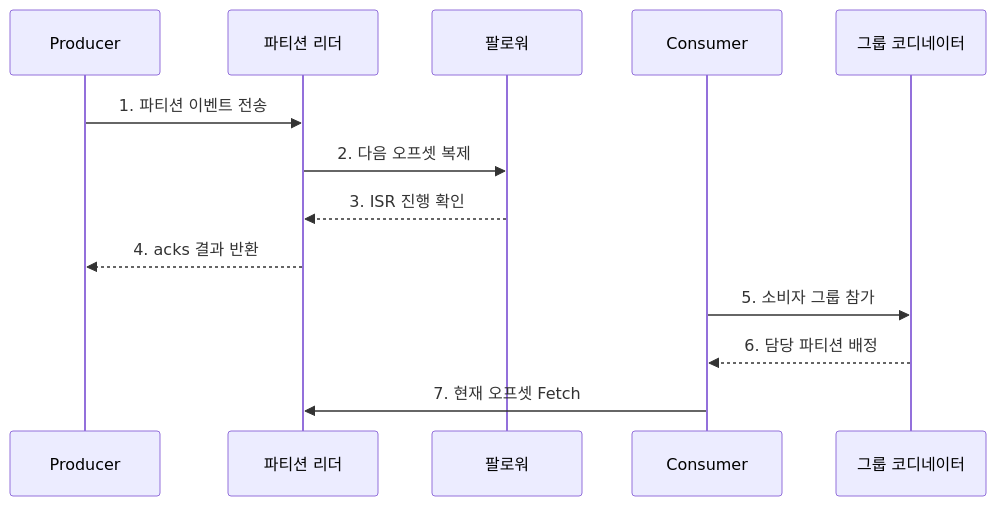
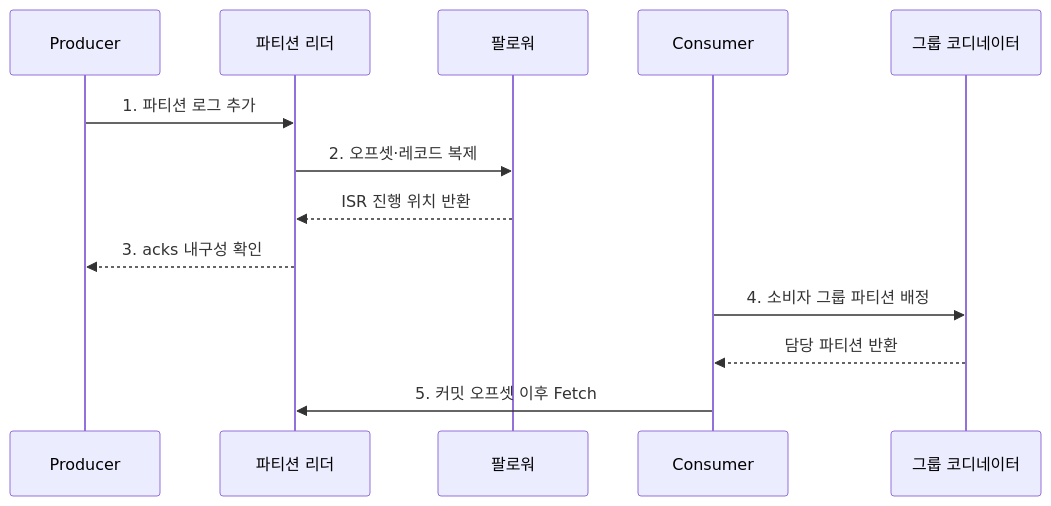
The second of 2 diagrams in src/content/docs/notes/03-software/119_apache_kafka.md (agnusdei1207/knowledge-base), drawn with Mermaid before and after one commit. The commit also changed other lines of this file and 238 other files, not shown here.

````diff
--- a/src/content/docs/notes/03-software/119_apache_kafka.md
+++ b/src/content/docs/notes/03-software/119_apache_kafka.md
@@ -85,15 +85,15 @@
 ```mermaid
 sequenceDiagram
     participant P as Producer
     participant L as 파티션 리더
     participant F as 팔로워
     participant C as Consumer
     participant G as 그룹 코디네이터
-    P->>L: 1. 파티션 이벤트 전송
-    L->>F: 2. 다음 오프셋 복제
-    F-->>L: 3. ISR 진행 확인
-    L-->>P: 4. acks 결과 반환
-    C->>G: 5. 소비자 그룹 참가
-    G-->>C: 6. 담당 파티션 배정
-    C->>L: 7. 현재 오프셋 Fetch
+    P->>L: 1. 파티션 로그 추가
+    L->>F: 2. 오프셋·레코드 복제
+    F-->>L: ISR 진행 위치 반환
+    L-->>P: 3. acks 내구성 확인
+    C->>G: 4. 소비자 그룹 파티션 배정
+    G-->>C: 담당 파티션 반환
+    C->>L: 5. 커밋 오프셋 이후 Fetch
 ```
````
